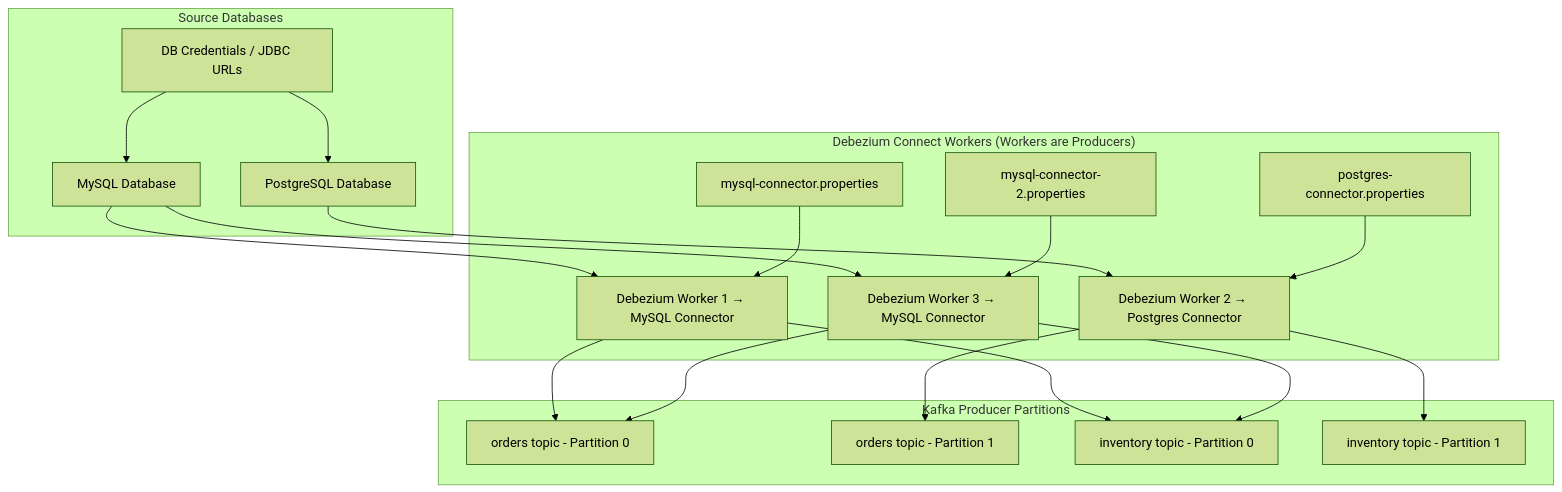
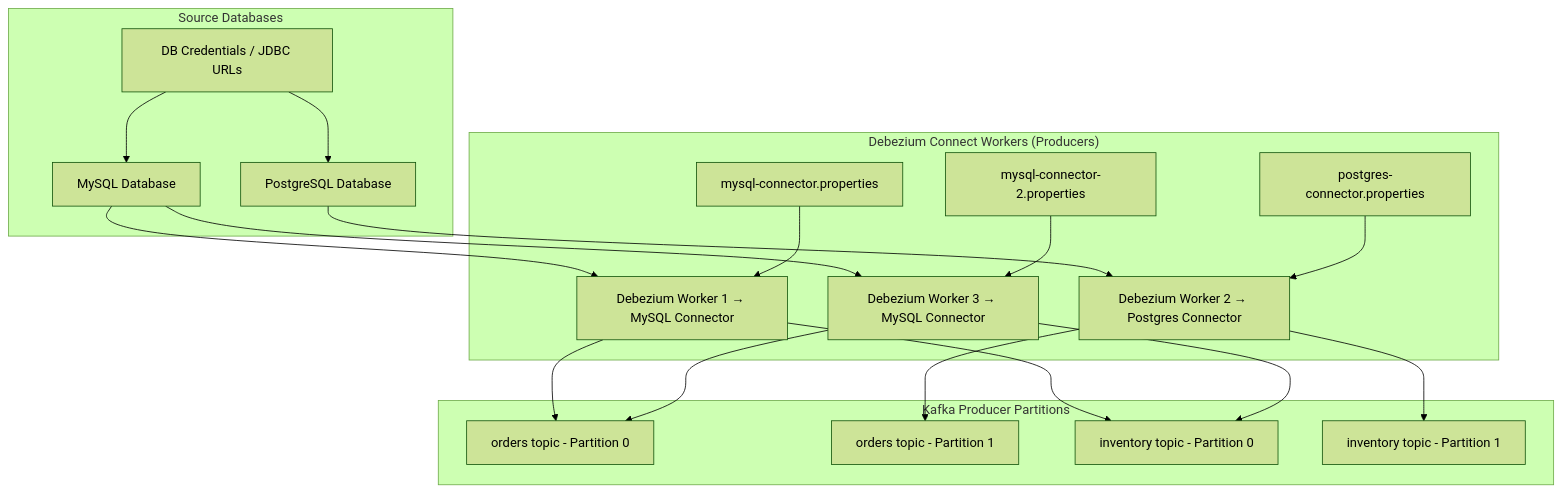
The first of 6 diagrams in README.md (Mallick17/AWS-Analytics), drawn with Mermaid (forest theme) before and after one commit.

````diff
--- a/README.md
+++ b/README.md
@@ -443,61 +443,61 @@
 ```mermaid
 flowchart TD
 
 %% ============================
 %% SOURCE DATABASES
 %% ============================
 subgraph SourceDB["Source Databases"]
     MySQLDB[MySQL Database]
     PostgresDB[PostgreSQL Database]
     DBConfig["DB Credentials / JDBC URLs"]
 end
 
 %% ============================
 %% DEBEZIUM CONNECT WORKERS
 %% ============================
-subgraph DebeziumWorkers["Debezium Connect Workers (Workers are Producers)"]
+subgraph DebeziumWorkers["Debezium Connect Workers (Producers)"]
     DW1[Debezium Worker 1 → MySQL Connector]
     DW2[Debezium Worker 2 → Postgres Connector]
     DW3[Debezium Worker 3 → MySQL Connector]
 
     DW1Config["mysql-connector.properties"]
     DW2Config["postgres-connector.properties"]
     DW3Config["mysql-connector-2.properties"]
 end
 
 %% ============================
 %% KAFKA PRODUCER PARTITIONS
 %% ============================
 subgraph KafkaProducers["Kafka Producer Partitions"]
     OrdersP0["orders topic - Partition 0"]
     OrdersP1["orders topic - Partition 1"]
     InventoryP0["inventory topic - Partition 0"]
     InventoryP1["inventory topic - Partition 1"]
 end
 
 %% ============================
 %% CONNECTIONS
 %% ============================
 
 %% Database -> Connectors (inside workers)
 MySQLDB --> DW1
 PostgresDB --> DW2
 MySQLDB --> DW3
 DBConfig --> MySQLDB
 DBConfig --> PostgresDB
 
 %% Worker config files
 DW1Config --> DW1
 DW2Config --> DW2
 DW3Config --> DW3
 
 %% Workers -> Kafka Producer Partitions
 DW1 --> OrdersP0
 DW1 --> InventoryP0
 
 DW2 --> OrdersP1
 DW2 --> InventoryP1
 
 DW3 --> OrdersP0
 DW3 --> InventoryP0
 ```
````
